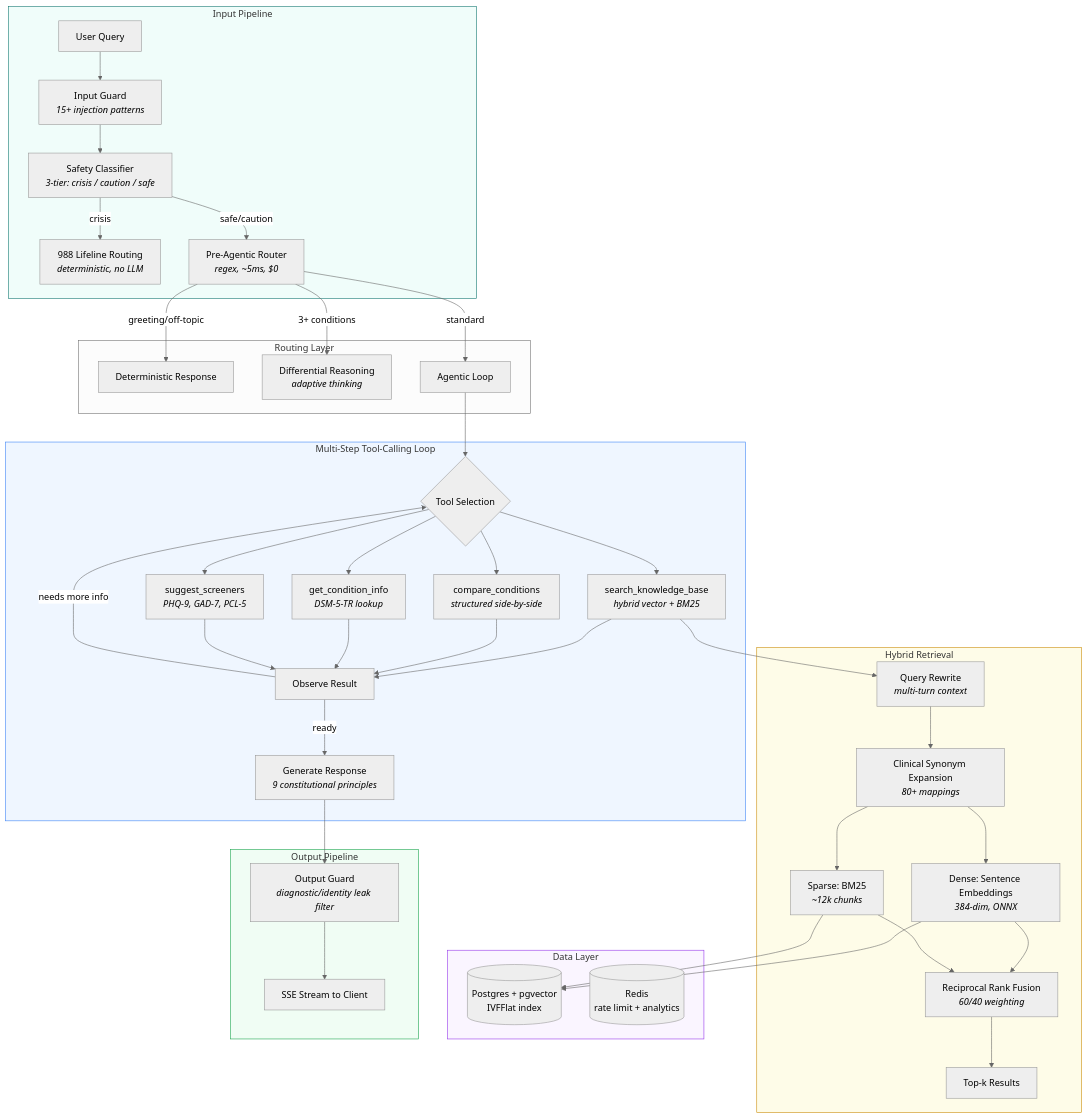
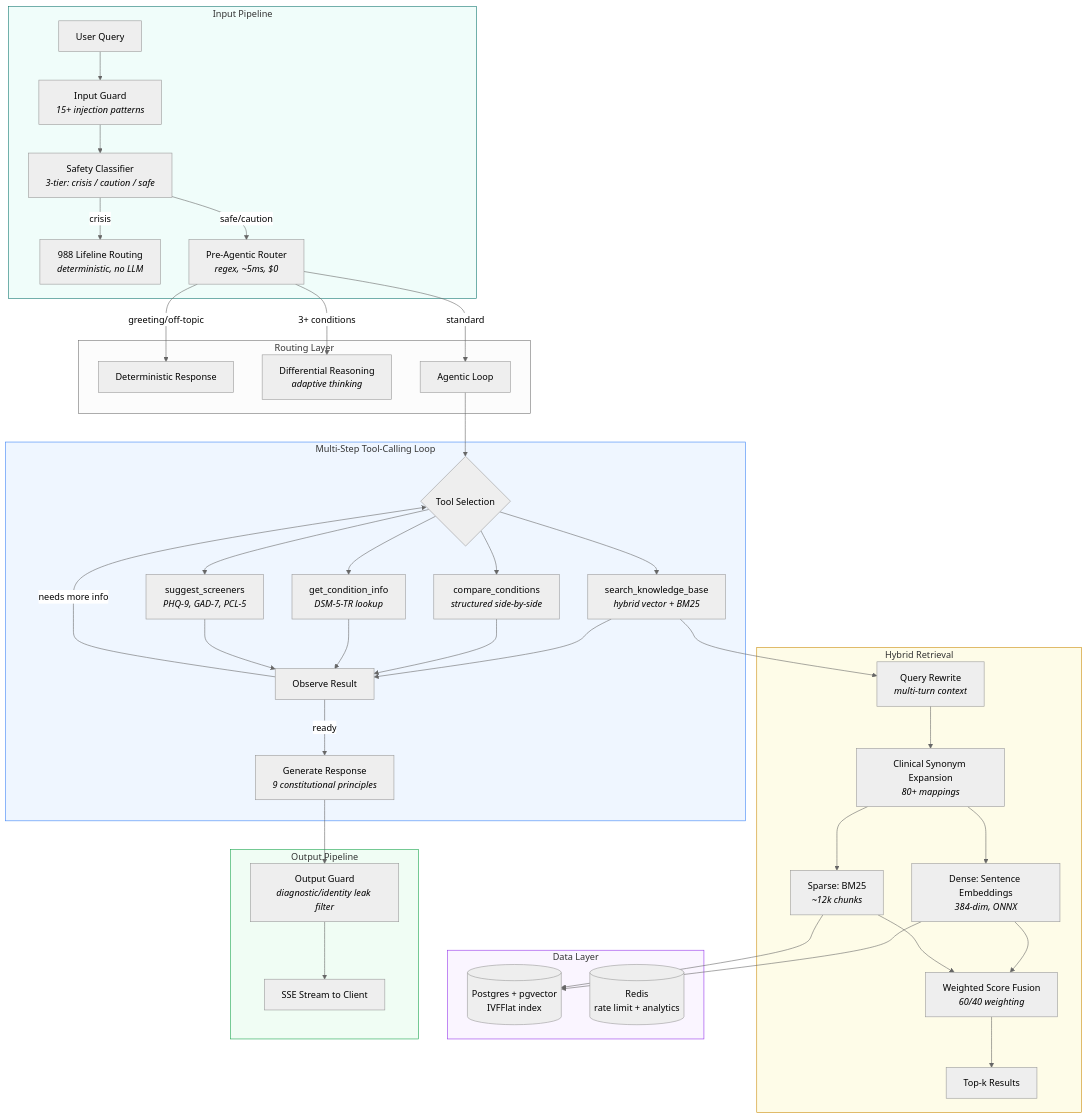
Before and after one commit to Robby955/MoodSpan: the diagram in README.md, drawn with Mermaid (neutral theme). The commit also changed other lines of this file and 1 other file, not shown here.

````diff
--- a/README.md
+++ b/README.md
@@ -11,53 +11,53 @@
 ```mermaid
 flowchart TB
     subgraph Input["Input Pipeline"]
         U[User Query] --> IG[Input Guard<br/><i>15+ injection patterns</i>]
         IG --> SC[Safety Classifier<br/><i>3-tier: crisis / caution / safe</i>]
         SC -->|crisis| CR[988 Lifeline Routing<br/><i>deterministic, no LLM</i>]
         SC -->|safe/caution| RT[Pre-Agentic Router<br/><i>regex, ~5ms, $0</i>]
     end
 
     subgraph Router["Routing Layer"]
         RT -->|greeting/off-topic| DET[Deterministic Response]
         RT -->|3+ conditions| DIFF[Differential Reasoning<br/><i>adaptive thinking</i>]
         RT -->|standard| AGENT[Agentic Loop]
     end
 
     subgraph Agent["Multi-Step Tool-Calling Loop"]
         AGENT --> TC{Tool Selection}
         TC --> T1[search_knowledge_base<br/><i>hybrid vector + BM25</i>]
         TC --> T2[compare_conditions<br/><i>structured side-by-side</i>]
         TC --> T3[get_condition_info<br/><i>DSM-5-TR lookup</i>]
         TC --> T4[suggest_screeners<br/><i>PHQ-9, GAD-7, PCL-5</i>]
         T1 & T2 & T3 & T4 --> OBS[Observe Result]
         OBS -->|needs more info| TC
         OBS -->|ready| GEN[Generate Response<br/><i>9 constitutional principles</i>]
     end
 
     subgraph Retrieval["Hybrid Retrieval"]
         T1 --> QR[Query Rewrite<br/><i>multi-turn context</i>]
         QR --> QE[Clinical Synonym Expansion<br/><i>80+ mappings</i>]
         QE --> VEC[Dense: Sentence Embeddings<br/><i>384-dim, ONNX</i>]
         QE --> BM[Sparse: BM25<br/><i>~12k chunks</i>]
-        VEC & BM --> RRF[Reciprocal Rank Fusion<br/><i>60/40 weighting</i>]
-        RRF --> TOP[Top-k Results]
+        VEC & BM --> WSF[Weighted Score Fusion<br/><i>60/40 weighting</i>]
+        WSF --> TOP[Top-k Results]
     end
 
     subgraph Storage["Data Layer"]
         PG[(Postgres + pgvector<br/>IVFFlat index)]
         RD[(Redis<br/>rate limit + analytics)]
         VEC --> PG
         BM --> PG
     end
 
     subgraph Output["Output Pipeline"]
         GEN --> OG[Output Guard<br/><i>diagnostic/identity leak filter</i>]
         OG --> SSE[SSE Stream to Client]
     end
 
     style Input fill:#f0fdfa,stroke:#0f766e
     style Agent fill:#eff6ff,stroke:#3b82f6
     style Retrieval fill:#fefce8,stroke:#ca8a04
     style Output fill:#f0fdf4,stroke:#16a34a
     style Storage fill:#faf5ff,stroke:#9333ea
 ```
````
